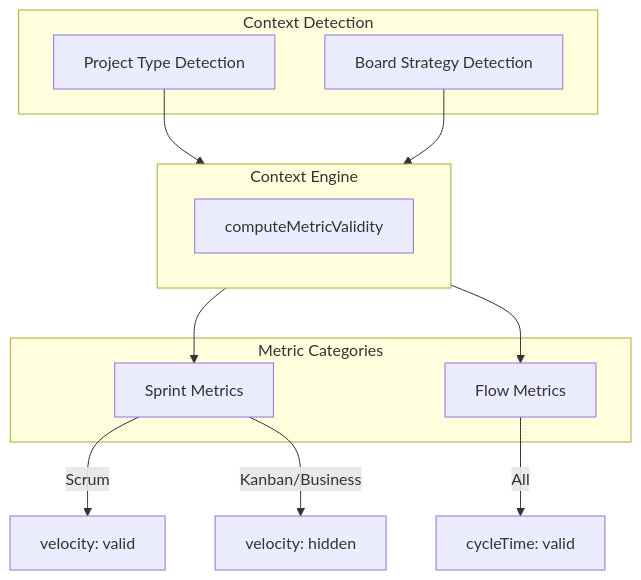
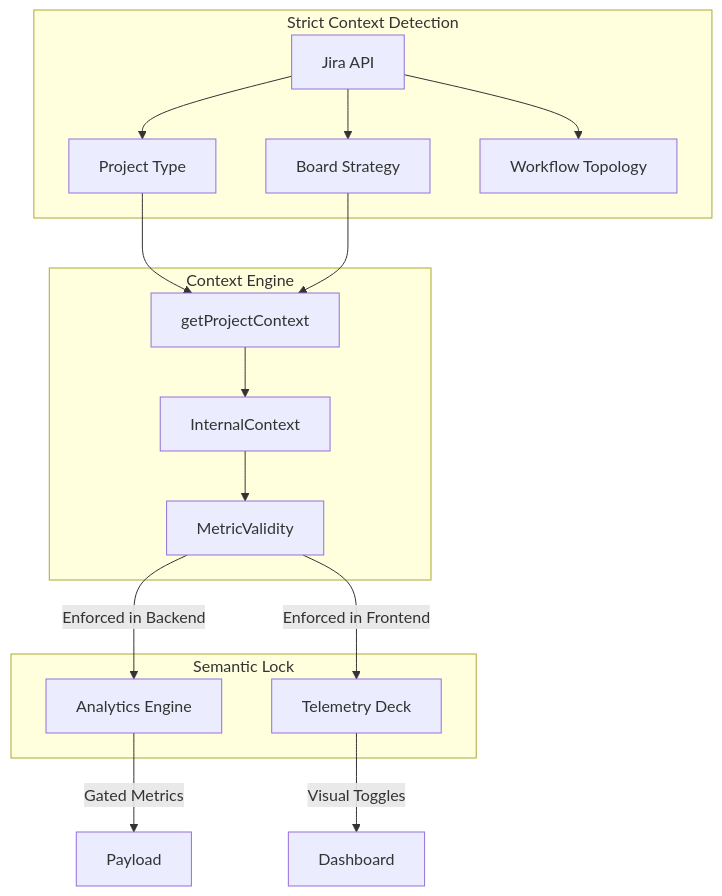
One commit to aero-atlassian-apps/pit_wall_strategist changed the third of 3 diagrams in docs/Architecture.md. Above: the diagram before and after it, drawn with Mermaid. The commit also changed other lines of this file and 23 other files, not shown here.

````diff
--- a/docs/Architecture.md
+++ b/docs/Architecture.md
@@ -199,25 +202,24 @@
 ```mermaid
 flowchart TB
-    subgraph Context[Context Detection]
-        PT[Project Type Detection]
-        BS[Board Strategy Detection]
+    subgraph Detection[Strict Context Detection]
+        API[Jira API] --> PT[Project Type]
+        API --> BS[Board Strategy]
+        API --> WF[Workflow Topology]
     end
     
     subgraph Engine[Context Engine]
-        MV[computeMetricValidity]
+        CE[getProjectContext] --> IC[InternalContext]
+        IC --> MV[MetricValidity]
     end
     
-    subgraph Metrics[Metric Categories]
-        SM[Sprint Metrics]
-        FM[Flow Metrics]
+    subgraph SemanticLock[Semantic Lock]
+        MV --> |Enforced in Backend| Analytics[Analytics Engine]
+        MV --> |Enforced in Frontend| UI[Telemetry Deck]
     end
     
-    PT --> Engine
-    BS --> Engine
-    Engine --> SM
-    Engine --> FM
+    PT --> CE
+    BS --> CE
     
-    SM --> |Scrum| V1[velocity: valid]
-    SM --> |Kanban/Business| V2[velocity: hidden]
-    FM --> |All| V3[cycleTime: valid]
+    Analytics --> |Gated Metrics| Payload
+    UI --> |Visual Toggles| Dashboard
 ```
````
